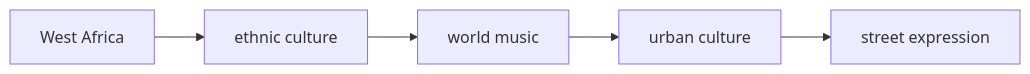
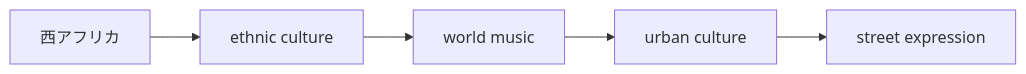
The second of 4 diagrams in en/_posts/2026-03-21-column-asalato.md (monumental-movement/monumental-movement.github.io), drawn with Mermaid before and after one commit. The commit also changed other lines of this file and 1012 other files, not shown here.

```diff
--- a/en/_posts/2026-03-21-column-asalato.md
+++ b/en/_posts/2026-03-21-column-asalato.md
@@ -137,7 +137,7 @@
 <div class="mermaid">
 graph LR
-A[West Africa] --> B[ethnic culture]
+A[西アフリカ] --> B[ethnic culture]
 B --> C[world music]
 C --> D[urban culture]
 D --> E[street expression]
 </div>
```
